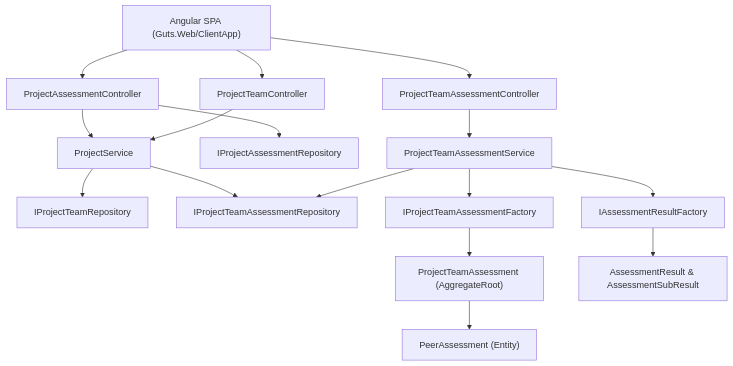
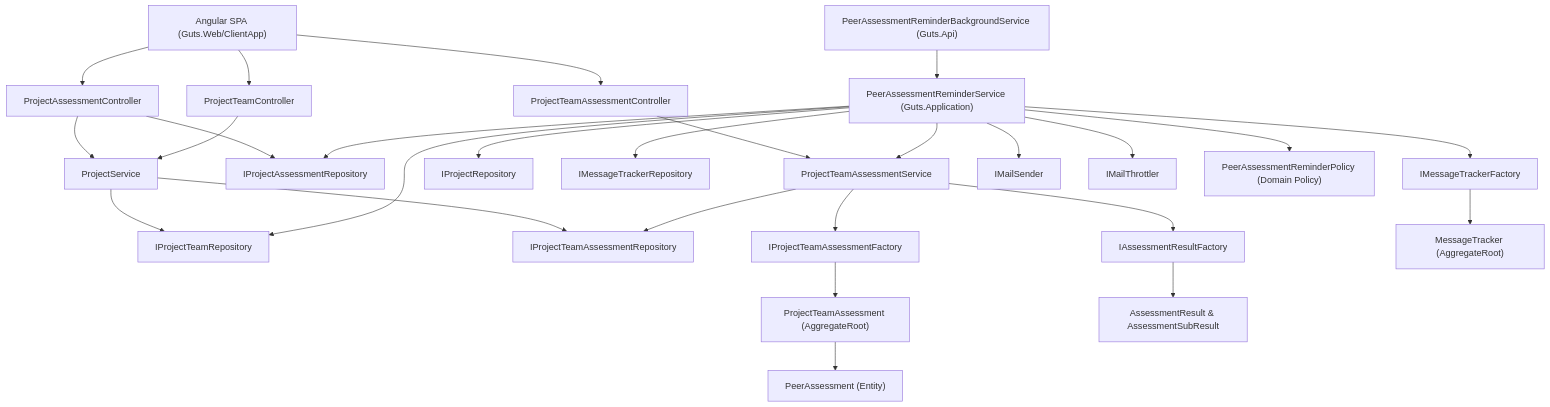
Before and after one commit to PXL-IT-NET/Guts: the diagram in Backoffice/specs/001-peer-assessments/design.md, drawn with Mermaid. The commit also changed other lines of this file and 82 other files, not shown here.

First line of the commit message:
Peer assessment reminder (#115)

````diff
--- a/Backoffice/specs/001-peer-assessments/design.md
+++ b/Backoffice/specs/001-peer-assessments/design.md
@@ -13,18 +13,30 @@
 ```mermaid
 flowchart TD
     SPA["Angular SPA (Guts.Web/ClientApp)"] --> PAC["ProjectAssessmentController"]
     SPA --> PTAC["ProjectTeamAssessmentController"]
     SPA --> PTC["ProjectTeamController"]
     PAC --> PS["ProjectService"]
     PTC --> PS
     PS --> PTR["IProjectTeamRepository"]
     PS --> PTAR["IProjectTeamAssessmentRepository"]
     PAC --> PAR["IProjectAssessmentRepository"]
     PTAC --> PTAS["ProjectTeamAssessmentService"]
     PTAS --> PTAR
     PTAS --> PTAF["IProjectTeamAssessmentFactory"]
     PTAS --> ARF["IAssessmentResultFactory"]
     PTAF --> PTA["ProjectTeamAssessment (AggregateRoot)"]
     PTA --> PA["PeerAssessment (Entity)"]
     ARF --> AR["AssessmentResult & AssessmentSubResult"]
+
+    PARBS["PeerAssessmentReminderBackgroundService (Guts.Api)"] --> PARS["PeerAssessmentReminderService (Guts.Application)"]
+    PARS --> PAR["IProjectAssessmentRepository"]
+    PARS --> PR["IProjectRepository"]
+    PARS --> PTR
+    PARS --> PTAS
+    PARS --> MTR["IMessageTrackerRepository"]
+    PARS --> MTF["IMessageTrackerFactory"]
+    PARS --> MS["IMailSender"]
+    PARS --> MT["IMailThrottler"]
+    MTF --> MTA["MessageTracker (AggregateRoot)"]
+    PARS --> PARP["PeerAssessmentReminderPolicy (Domain Policy)"]
 ```
````
